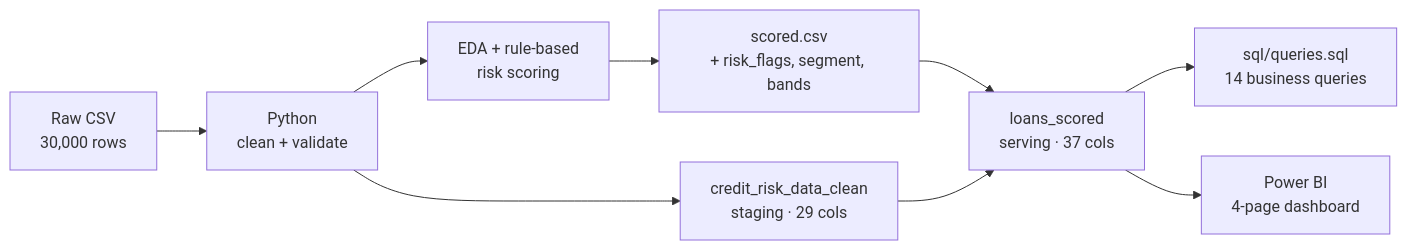
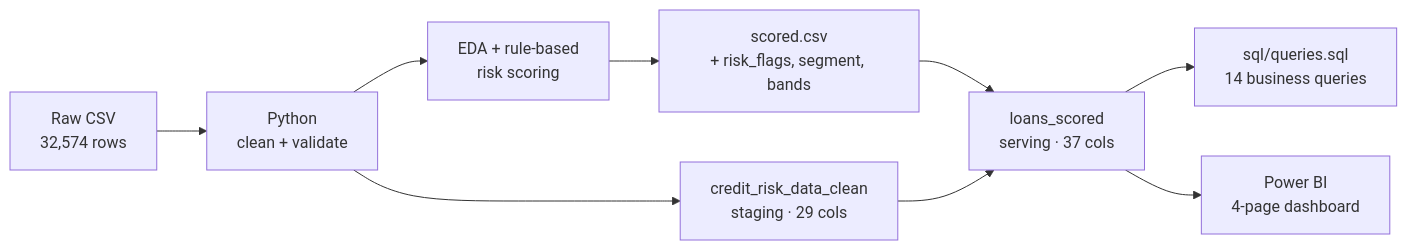
The diagram in README.md (BuiHang-stp/Credit-Risk-Analytics-Nova-Bank), drawn with Mermaid before and after one commit. The commit also changed other lines of this file, not shown here.

Commit message:
README.md

````diff
--- a/README.md
+++ b/README.md
@@ -82,11 +82,11 @@
 ```mermaid
 flowchart LR
-    A["Raw CSV<br/>30,000 rows"] --> B["Python<br/>clean + validate"]
+    A["Raw CSV<br/>32,574 rows"] --> B["Python<br/>clean + validate"]
     B --> C["credit_risk_data_clean<br/>staging · 29 cols"]
     B --> D["EDA + rule-based<br/>risk scoring"]
     D --> E["scored.csv<br/>+ risk_flags, segment, bands"]
     E --> F["loans_scored<br/>serving · 37 cols"]
     C --> F
     F --> G["sql/queries.sql<br/>14 business queries"]
     F --> H["Power BI<br/>4-page dashboard"]
 ```
````
